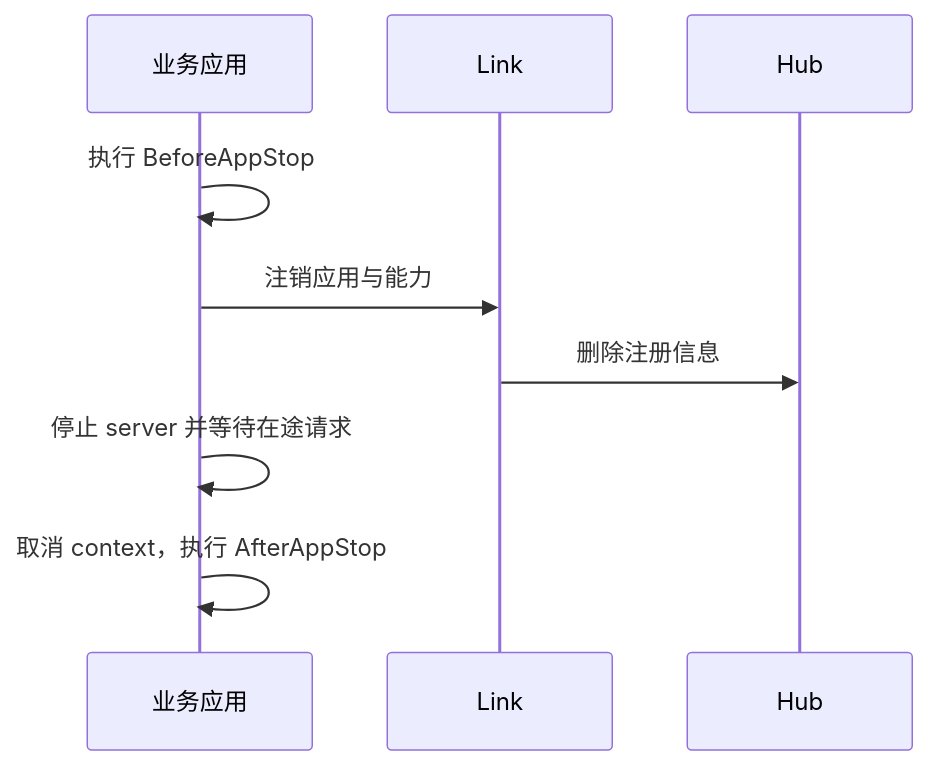
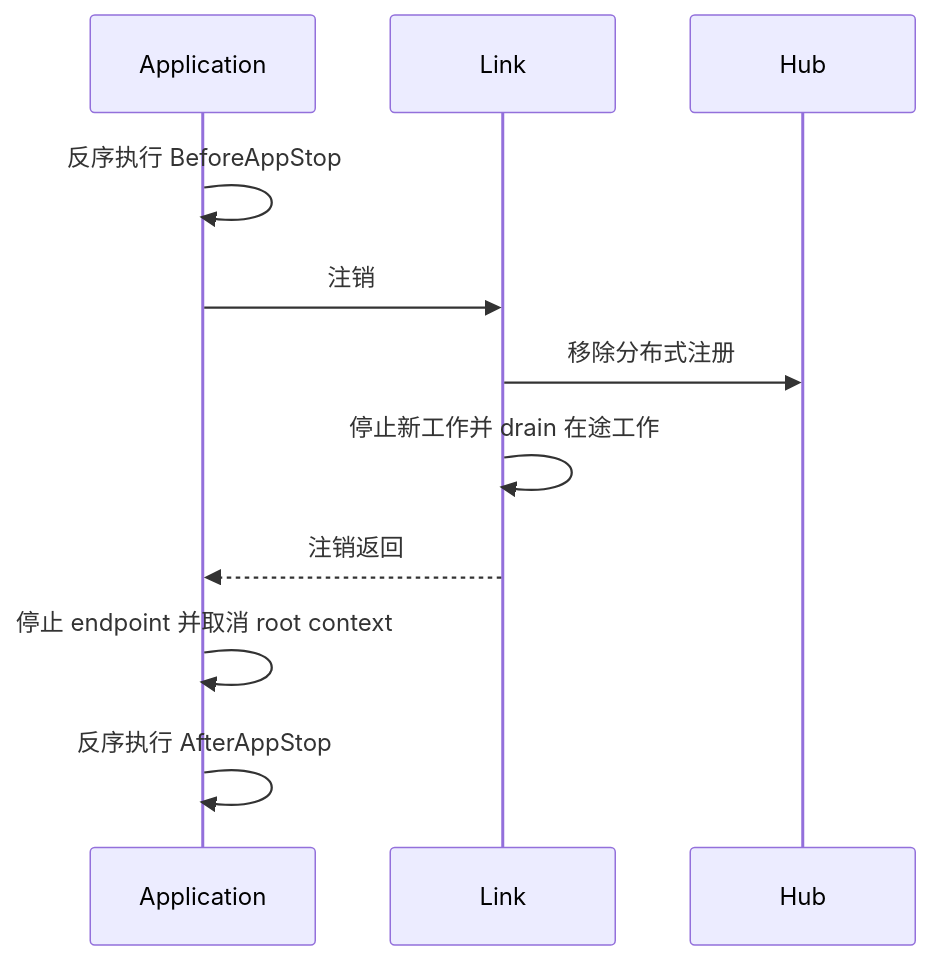
Before and after one commit to yorun-ai/vine-site: the third of 3 diagrams in i18n/zh-CN/docusaurus-plugin-content-docs/current/runtime/mechanisms.md, drawn with Mermaid. The commit also changed other lines of this file and 95 other files, not shown here.

````diff
--- a/i18n/zh-CN/docusaurus-plugin-content-docs/current/runtime/mechanisms.md
+++ b/i18n/zh-CN/docusaurus-plugin-content-docs/current/runtime/mechanisms.md
@@ -46,11 +172,14 @@
 ```mermaid
 sequenceDiagram
-  participant App as 业务应用
+  participant App as Application
   participant RuntimeLink as Link
   participant Hub
-  App->>App: 执行 BeforeAppStop
-  App->>RuntimeLink: 注销应用与能力
-  RuntimeLink->>Hub: 删除注册信息
-  App->>App: 停止 server 并等待在途请求
-  App->>App: 取消 context，执行 AfterAppStop
+
+  App->>App: 反序执行 BeforeAppStop
+  App->>RuntimeLink: 注销
+  RuntimeLink->>Hub: 移除分布式注册
+  RuntimeLink->>RuntimeLink: 停止新工作并 drain 在途工作
+  RuntimeLink-->>App: 注销返回
+  App->>App: 停止 endpoint 并取消 root context
+  App->>App: 反序执行 AfterAppStop
 ```
````
